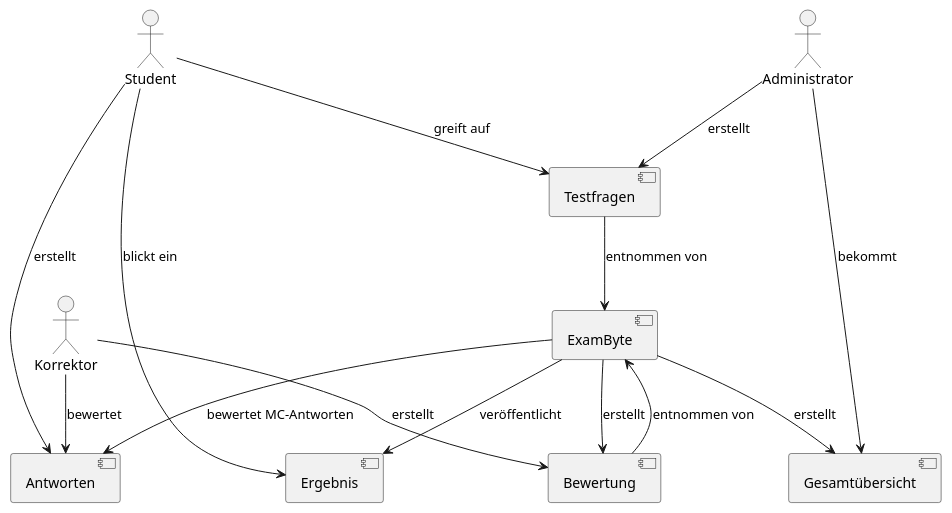
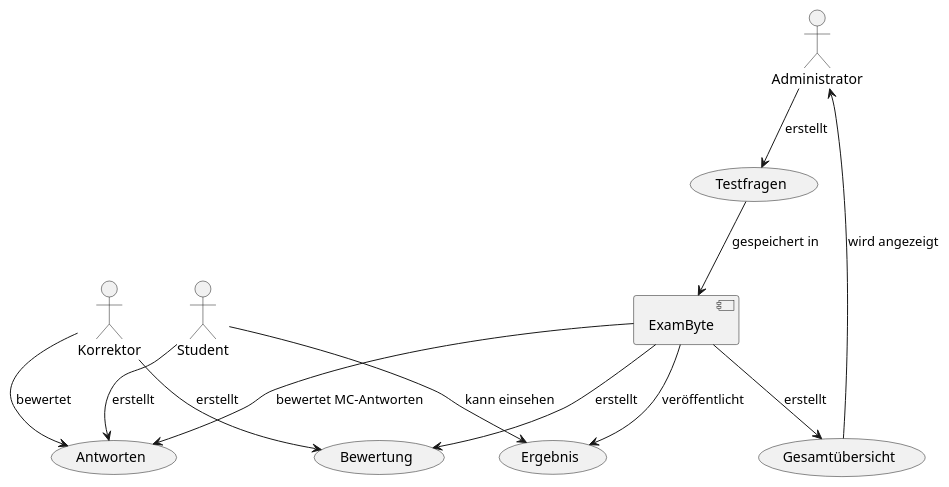
The diagram in ExamByteProzess.puml (Marvin0109/ExamByte), drawn with PlantUML before and after one commit. The commit also changed 3 other files, not shown here.

```diff
--- a/ExamByteProzess.puml
+++ b/ExamByteProzess.puml
@@ -1,26 +1,24 @@
 @startuml
 actor Administrator
 actor Student
 actor Korrektor
 
-component Testfragen
-component Antworten
+usecase Testfragen
 component ExamByte
-component Bewertung
-component Ergebnis
-component Gesamtübersicht
+usecase Bewertung
+usecase Ergebnis
+usecase Gesamtübersicht
+usecase Antworten
 
 Administrator --> Testfragen : erstellt
-Student --> Testfragen : greift auf
 Student --> Antworten : erstellt
 ExamByte --> Antworten : bewertet MC-Antworten
 Korrektor --> Antworten : bewertet
 Korrektor --> Bewertung : erstellt
 ExamByte --> Bewertung : erstellt
-Bewertung --> ExamByte : entnommen von
 ExamByte --> Ergebnis : veröffentlicht
-Student --> Ergebnis : blickt ein
-Testfragen --> ExamByte : entnommen von
+Student --> Ergebnis : kann einsehen
+Testfragen --> ExamByte : gespeichert in
 ExamByte --> Gesamtübersicht : erstellt
-Administrator --> Gesamtübersicht : bekommt
+Gesamtübersicht --> Administrator : wird angezeigt
 @enduml
```
